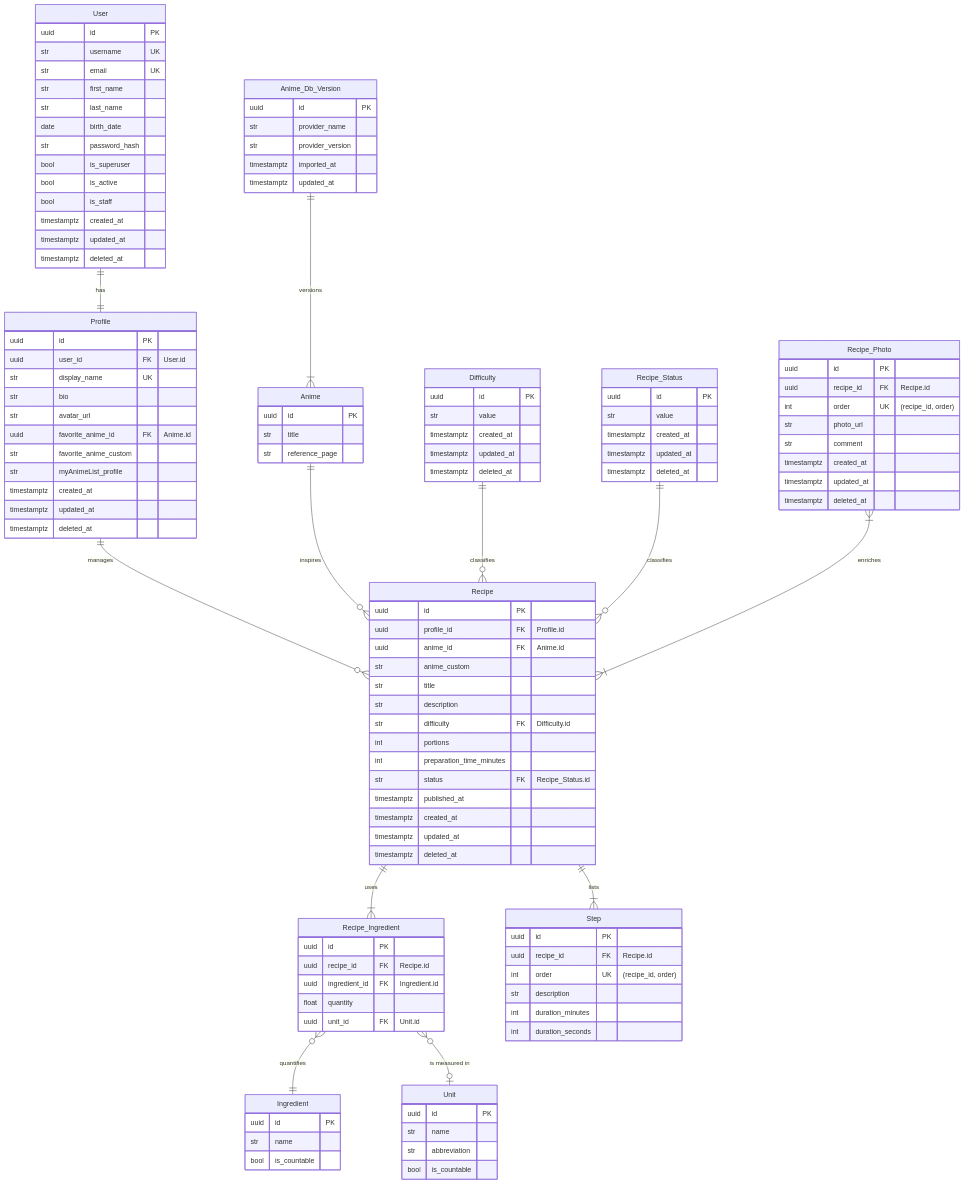
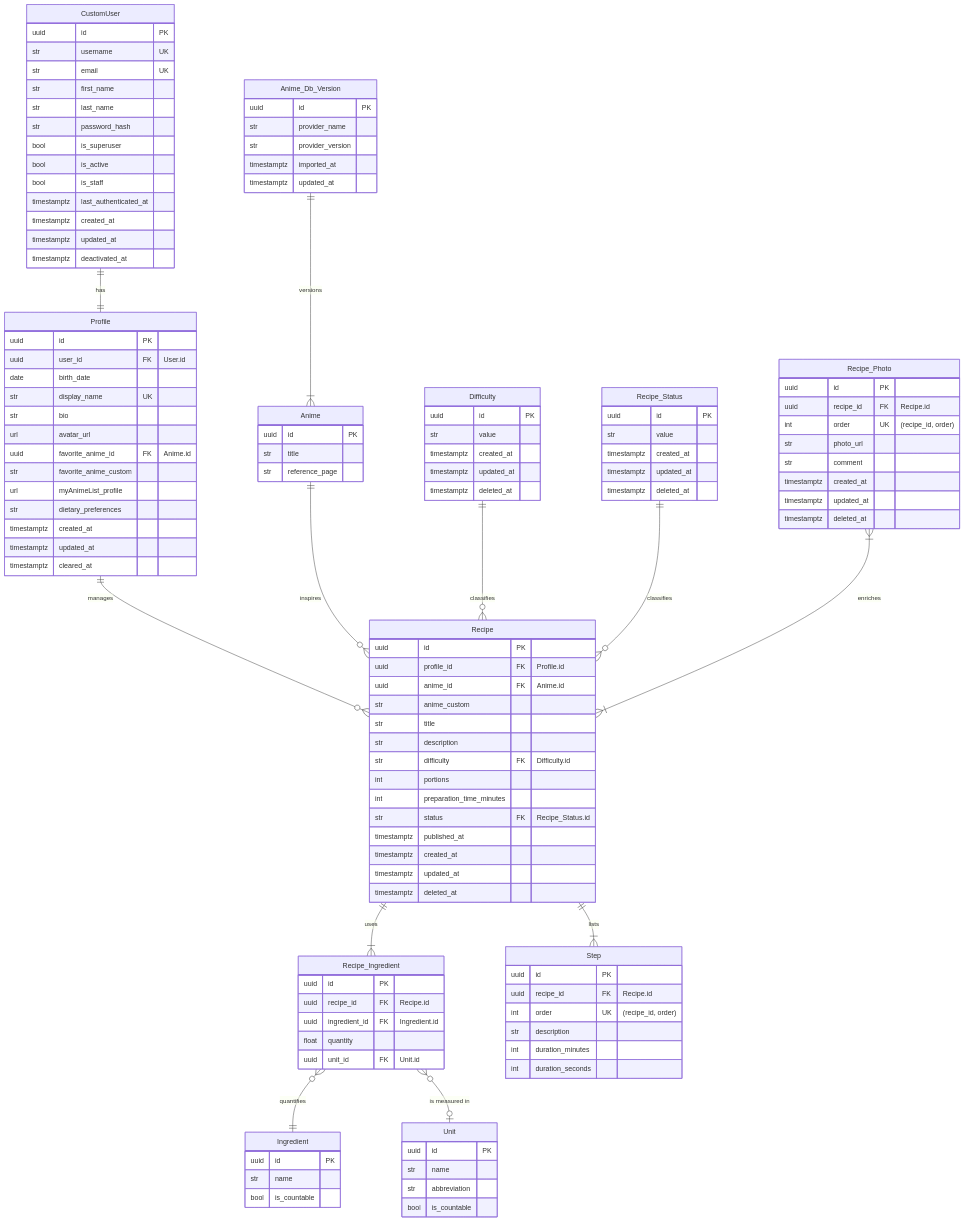
Before and after one commit to XavierLaforgue/holbertonschool-portfolio: the second of 2 diagrams in project-reports/stage3_report.md, drawn with Mermaid. The commit also changed other lines of this file and 1 other file, not shown here.

Commit message:
ANIMIZEAT-13 Refactor script to clean persistence  and Update ER and class diagrams with actual implementation in django

````diff
--- a/project-reports/stage3_report.md
+++ b/project-reports/stage3_report.md
@@ -172,19 +203,19 @@
 ```mermaid
 erDiagram   
-    User[User]:::fontClassName {
+    User[CustomUser]:::fontClassName {
         uuid id PK
         str username UK
         str email UK
         str first_name
         str last_name
-        date birth_date
         str password_hash
         bool is_superuser
         bool is_active
         bool is_staff
+        timestamptz last_authenticated_at
         timestamptz created_at
         timestamptz updated_at
-        timestamptz deleted_at
+        timestamptz deactivated_at
     }
 
     User ||--|| Profile : has
@@ -192,15 +223,17 @@
     Profile[Profile]:::fontClassName {
         uuid id PK
         uuid user_id FK "User.id"
+        date birth_date
         str display_name UK
         str bio
-        str avatar_url
+        url avatar_url
         uuid favorite_anime_id FK "Anime.id"
         str favorite_anime_custom
-        str myAnimeList_profile
+        url myAnimeList_profile
+        str dietary_preferences
         timestamptz created_at
         timestamptz updated_at
-        timestamptz deleted_at
+        timestamptz cleared_at
     }
 
     Profile ||--o{ Recipe : manages
````
